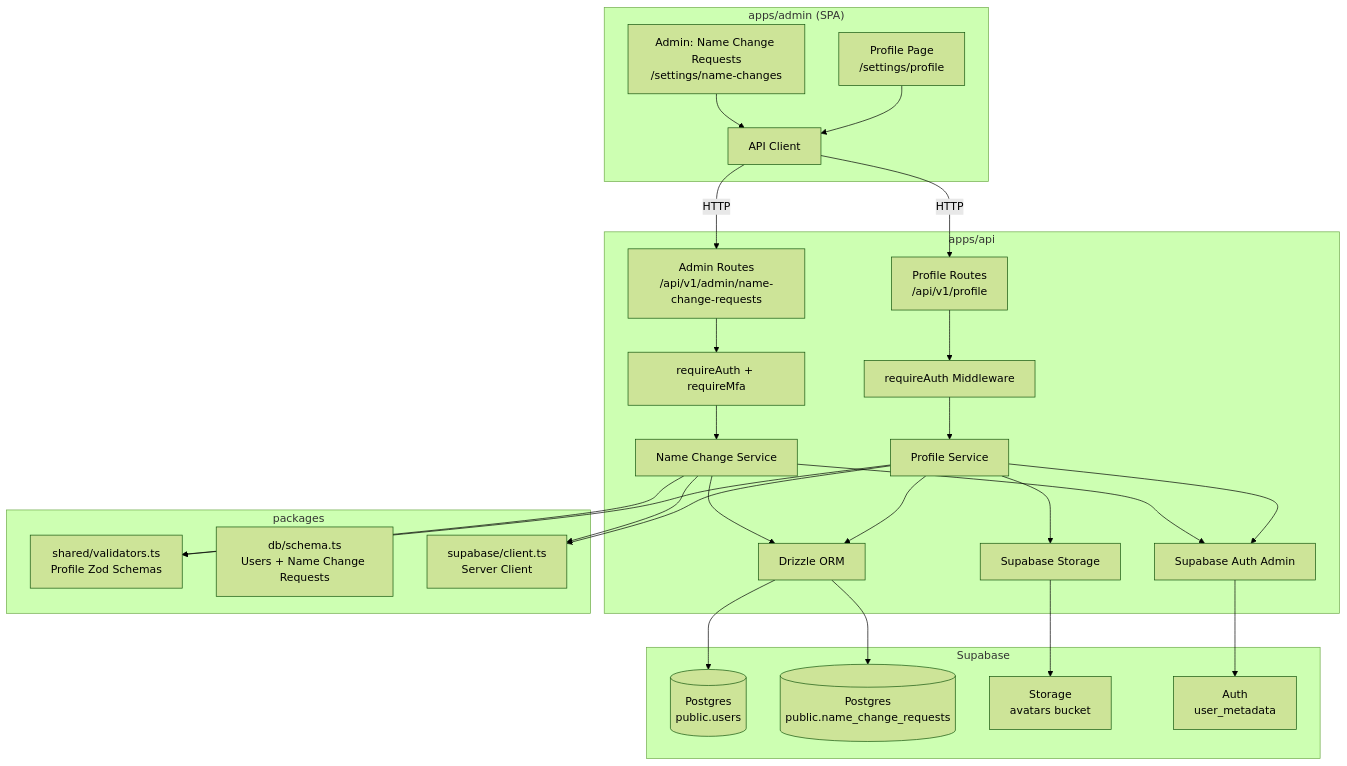
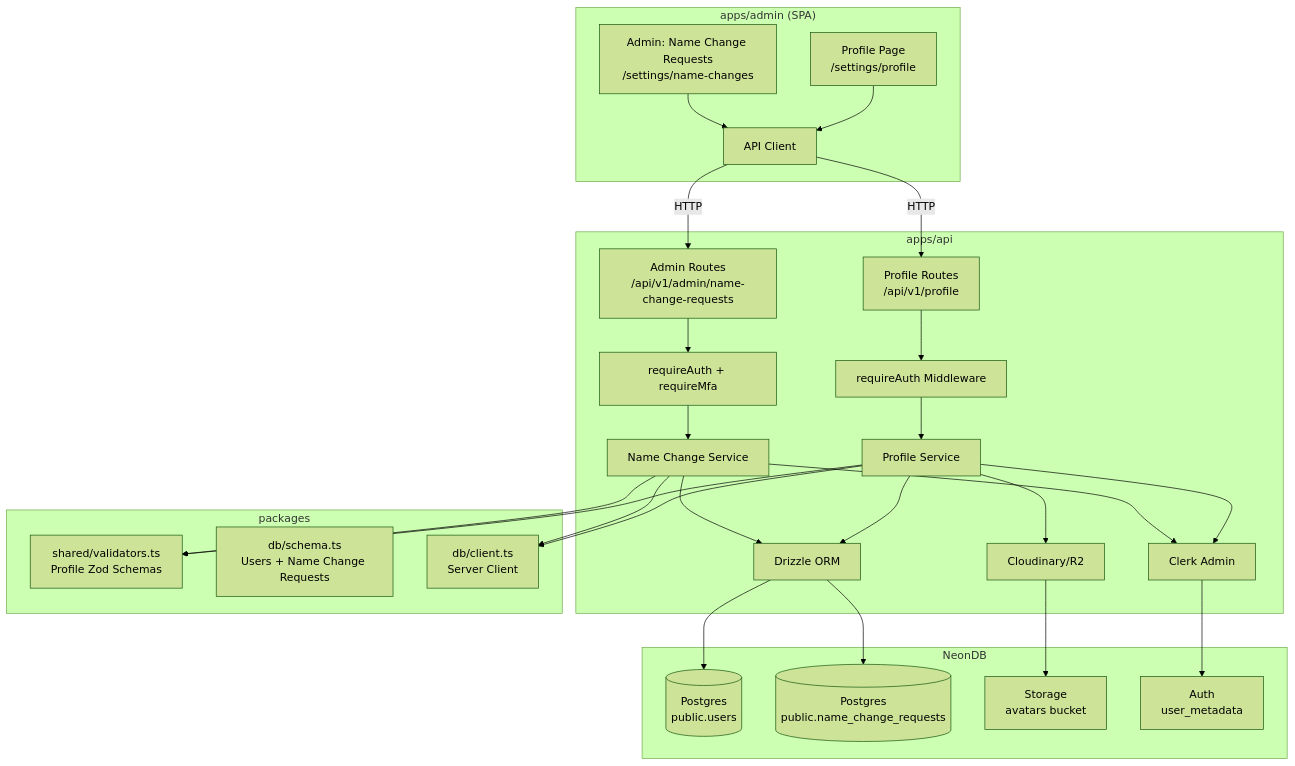
The diagram in .kiro/specs/admin-user-profile/design.md (eteng/surewaka), drawn with Mermaid (forest theme) before and after one commit. The commit also changed other lines of this file and 69 other files, not shown here.

````diff
--- a/.kiro/specs/admin-user-profile/design.md
+++ b/.kiro/specs/admin-user-profile/design.md
@@ -13,43 +13,43 @@
 ```mermaid
 graph TD
     subgraph "apps/admin (SPA)"
         A[Profile Page<br>/settings/profile] --> B[API Client]
         AA[Admin: Name Change Requests<br>/settings/name-changes] --> B
     end
 
     subgraph "apps/api"
         C[Profile Routes<br>/api/v1/profile] --> D[requireAuth Middleware]
         CA[Admin Routes<br>/api/v1/admin/name-change-requests] --> DA[requireAuth + requireMfa]
         D --> E[Profile Service]
         DA --> EA[Name Change Service]
         E --> F[Drizzle ORM]
         EA --> F
-        E --> G[Supabase Storage]
-        E --> H[Supabase Auth Admin]
+        E --> G[Cloudinary/R2]
+        E --> H[Clerk Admin]
         EA --> H
     end
 
     subgraph "packages"
         I[shared/validators.ts<br>Profile Zod Schemas]
         J[db/schema.ts<br>Users + Name Change Requests]
-        K[supabase/client.ts<br>Server Client]
+        K[db/client.ts<br>Server Client]
     end
 
-    subgraph "Supabase"
+    subgraph "NeonDB"
         L[(Postgres<br>public.users)]
         LA[(Postgres<br>public.name_change_requests)]
         M[Storage<br>avatars bucket]
         N[Auth<br>user_metadata]
     end
 
     B -->|HTTP| C
     B -->|HTTP| CA
     F --> L
     F --> LA
     G --> M
     H --> N
     E --> I
     EA --> I
     E --> K
     EA --> K
 ```
````
